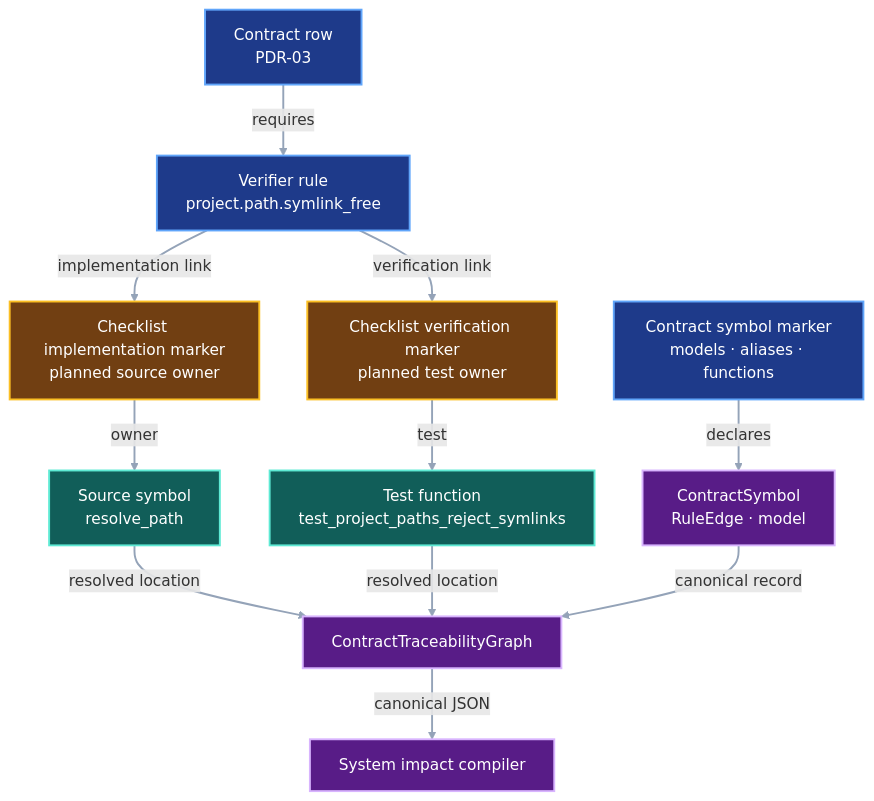
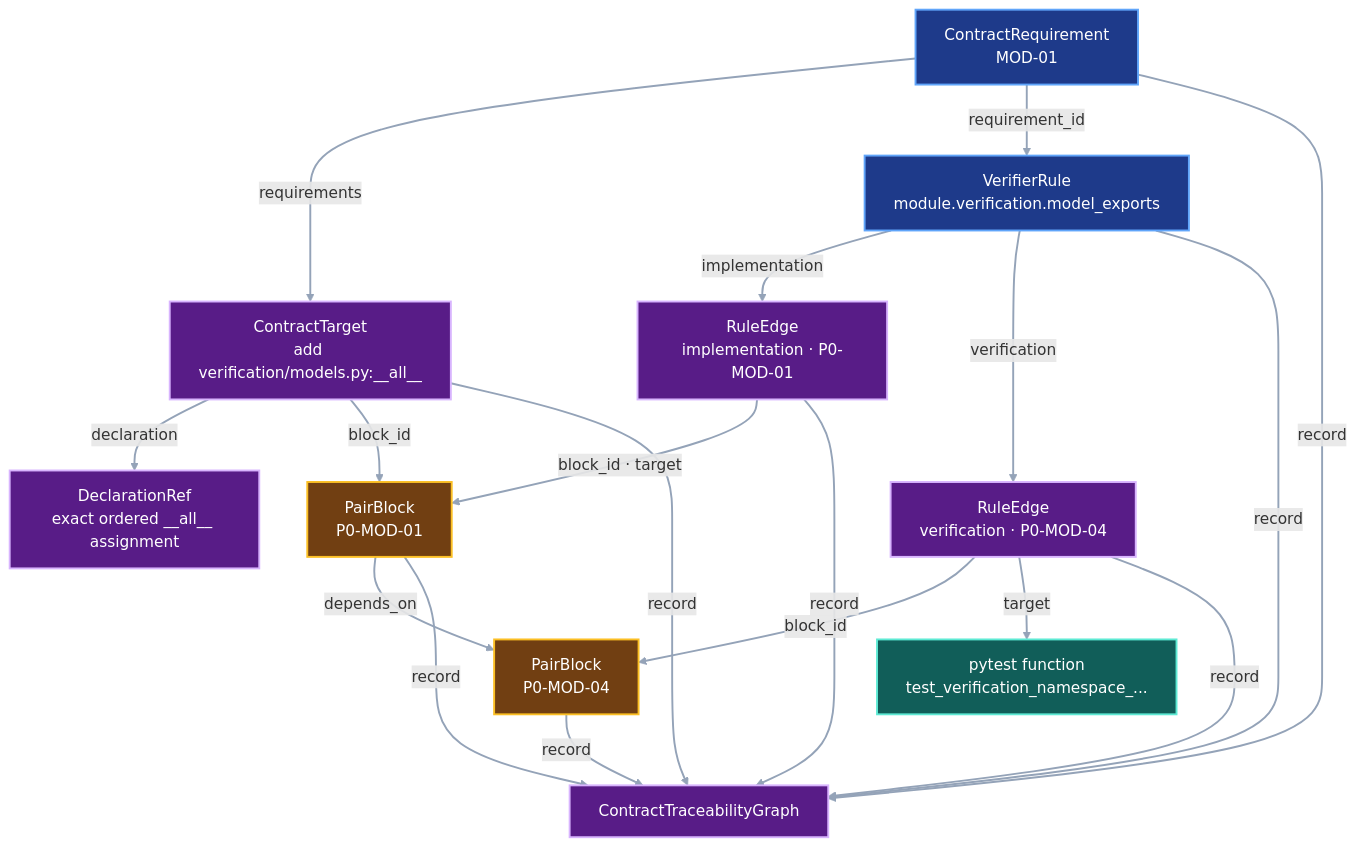
Before and after one commit to pvd232/viper: the third of 3 diagrams in docs/development/contract-traceability.md, drawn with Mermaid. The commit also changed other lines of this file and 11 other files, not shown here.

Commit message:
Close contract plans before system impact checks

````diff
--- a/docs/development/contract-traceability.md
+++ b/docs/development/contract-traceability.md
@@ -194,34 +215,41 @@
 ```mermaid
 flowchart TD
-    Contract["Contract row<br/>PDR-03"]
-    Rule["Verifier rule<br/>project.path.symlink_free"]
-    Task["Checklist implementation marker<br/>planned source owner"]
-    Source["Source symbol<br/>resolve_path"]
-    TestMarker["Checklist verification marker<br/>planned test owner"]
-    Test["Test function<br/>test_project_paths_reject_symlinks"]
-    Inventory["Contract symbol marker<br/>models · aliases · functions"]
-    Symbol["ContractSymbol<br/>RuleEdge · model"]
+    Contract["ContractRequirement<br/>MOD-01"]
+    Target["ContractTarget<br/>add verification/models.py:__all__"]
+    Declaration["DeclarationRef<br/>exact ordered __all__ assignment"]
+    Rule["VerifierRule<br/>module.verification.model_exports"]
+    Impl["RuleEdge<br/>implementation · P0-MOD-01"]
+    Verify["RuleEdge<br/>verification · P0-MOD-04"]
+    Build["PairBlock<br/>P0-MOD-01"]
+    Proof["PairBlock<br/>P0-MOD-04"]
+    Test["pytest function<br/>test_verification_namespace_..."]
     Graph["ContractTraceabilityGraph"]
-    System["System impact compiler"]
 
-    Contract -->|"requires"| Rule
-    Rule -->|"implementation link"| Task
-    Task -->|"owner"| Source
-    Rule -->|"verification link"| TestMarker
-    TestMarker -->|"test"| Test
-    Source -->|"resolved location"| Graph
-    Test -->|"resolved location"| Graph
-    Inventory -->|"declares"| Symbol
-    Symbol -->|"canonical record"| Graph
-    Graph -->|"canonical JSON"| System
+    Contract -->|"requirements"| Target
+    Target -->|"declaration"| Declaration
+    Target -->|"block_id"| Build
+    Contract -->|"requirement_id"| Rule
+    Rule -->|"implementation"| Impl
+    Rule -->|"verification"| Verify
+    Impl -->|"block_id · target"| Build
+    Verify -->|"block_id"| Proof
+    Verify -->|"target"| Test
+    Build -->|"depends_on"| Proof
+    Contract -->|"record"| Graph
+    Target -->|"record"| Graph
+    Rule -->|"record"| Graph
+    Impl -->|"record"| Graph
+    Verify -->|"record"| Graph
+    Build -->|"record"| Graph
+    Proof -->|"record"| Graph
 
-    class Contract,Rule,Inventory contract
-    class Task,TestMarker checklist
-    class Source,Test implementation
-    class Symbol,Graph,System output
+    class Contract,Rule contract
+    class Build,Proof checklist
+    class Test implementation
+    class Target,Declaration,Impl,Verify,Graph output
     classDef contract fill:#1e3a8a,stroke:#60a5fa,color:#ffffff,stroke-width:2px
     classDef checklist fill:#713f12,stroke:#fbbf24,color:#ffffff,stroke-width:2px
     classDef implementation fill:#115e59,stroke:#5eead4,color:#ffffff,stroke-width:2px
     classDef output fill:#581c87,stroke:#d8b4fe,color:#ffffff,stroke-width:2px
     linkStyle default stroke:#94a3b8,stroke-width:2px
 ```
````
